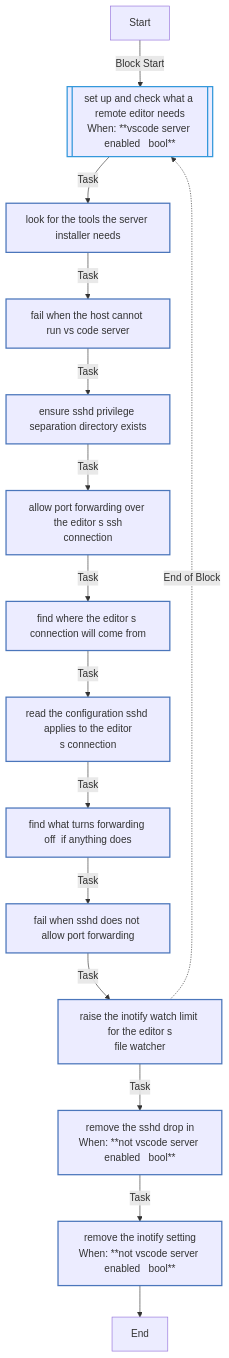
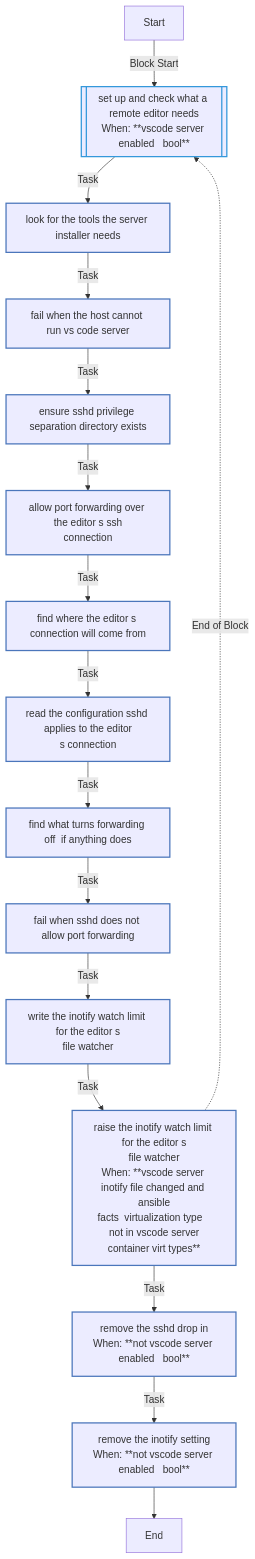
One commit to kawadeomkar/agent-warehouse changed the diagram in docs/reference/roles/vscode_server.md. Above: the diagram before and after it, drawn with Mermaid. The commit also changed other lines of this file and 27 other files, not shown here.

````diff
--- a/docs/reference/roles/vscode_server.md
+++ b/docs/reference/roles/vscode_server.md
@@ -49,27 +50,28 @@
 ```mermaid
 flowchart TD
 Start
 classDef block stroke:#3498db,stroke-width:2px;
 classDef task stroke:#4b76bb,stroke-width:2px;
 classDef includeTasks stroke:#16a085,stroke-width:2px;
 classDef importTasks stroke:#34495e,stroke-width:2px;
 classDef includeRole stroke:#2980b9,stroke-width:2px;
 classDef importRole stroke:#699ba7,stroke-width:2px;
 classDef includeVars stroke:#8e44ad,stroke-width:2px;
 classDef rescue stroke:#665352,stroke-width:2px;
 
   Start-->|Block Start| Set_up_and_check_what_a_remote_editor_needs0_block_start_0[[set up and check what a remote editor needs<br>When: **vscode server enabled   bool**]]:::block
   Set_up_and_check_what_a_remote_editor_needs0_block_start_0-->|Task| Look_for_the_tools_the_server_installer_needs0[look for the tools the server installer needs]:::task
   Look_for_the_tools_the_server_installer_needs0-->|Task| Fail_when_the_host_cannot_run_VS_Code_Server1[fail when the host cannot run vs code server]:::task
   Fail_when_the_host_cannot_run_VS_Code_Server1-->|Task| Ensure_sshd_privilege_separation_directory_exists2[ensure sshd privilege separation directory exists]:::task
   Ensure_sshd_privilege_separation_directory_exists2-->|Task| Allow_port_forwarding_over_the_editor_s_SSH_connection3[allow port forwarding over the editor s ssh<br>connection]:::task
   Allow_port_forwarding_over_the_editor_s_SSH_connection3-->|Task| Find_where_the_editor_s_connection_will_come_from4[find where the editor s connection will come from]:::task
   Find_where_the_editor_s_connection_will_come_from4-->|Task| Read_the_configuration_sshd_applies_to_the_editor_s_connection5[read the configuration sshd applies to the editor<br>s connection]:::task
   Read_the_configuration_sshd_applies_to_the_editor_s_connection5-->|Task| Find_what_turns_forwarding_off__if_anything_does6[find what turns forwarding off  if anything does]:::task
   Find_what_turns_forwarding_off__if_anything_does6-->|Task| Fail_when_sshd_does_not_allow_port_forwarding7[fail when sshd does not allow port forwarding]:::task
-  Fail_when_sshd_does_not_allow_port_forwarding7-->|Task| Raise_the_inotify_watch_limit_for_the_editor_s_file_watcher8[raise the inotify watch limit for the editor s<br>file watcher]:::task
-  Raise_the_inotify_watch_limit_for_the_editor_s_file_watcher8-.->|End of Block| Set_up_and_check_what_a_remote_editor_needs0_block_start_0
-  Raise_the_inotify_watch_limit_for_the_editor_s_file_watcher8-->|Task| Remove_the_sshd_drop_in1[remove the sshd drop in<br>When: **not vscode server enabled   bool**]:::task
+  Fail_when_sshd_does_not_allow_port_forwarding7-->|Task| Write_the_inotify_watch_limit_for_the_editor_s_file_watcher8[write the inotify watch limit for the editor s<br>file watcher]:::task
+  Write_the_inotify_watch_limit_for_the_editor_s_file_watcher8-->|Task| Raise_the_inotify_watch_limit_for_the_editor_s_file_watcher9[raise the inotify watch limit for the editor s<br>file watcher<br>When: **vscode server inotify file changed and ansible<br>facts  virtualization type   not in vscode server<br>container virt types**]:::task
+  Raise_the_inotify_watch_limit_for_the_editor_s_file_watcher9-.->|End of Block| Set_up_and_check_what_a_remote_editor_needs0_block_start_0
+  Raise_the_inotify_watch_limit_for_the_editor_s_file_watcher9-->|Task| Remove_the_sshd_drop_in1[remove the sshd drop in<br>When: **not vscode server enabled   bool**]:::task
   Remove_the_sshd_drop_in1-->|Task| Remove_the_inotify_setting2[remove the inotify setting<br>When: **not vscode server enabled   bool**]:::task
   Remove_the_inotify_setting2-->End
 ```
````
